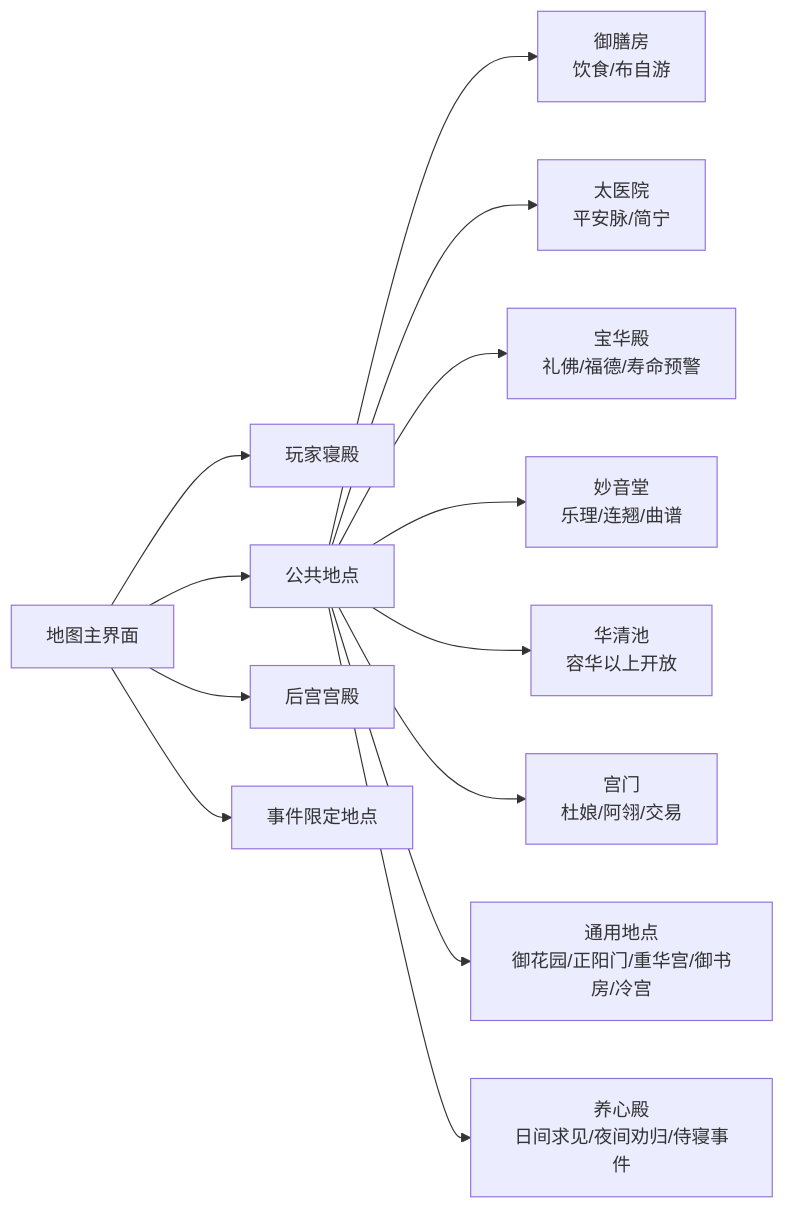
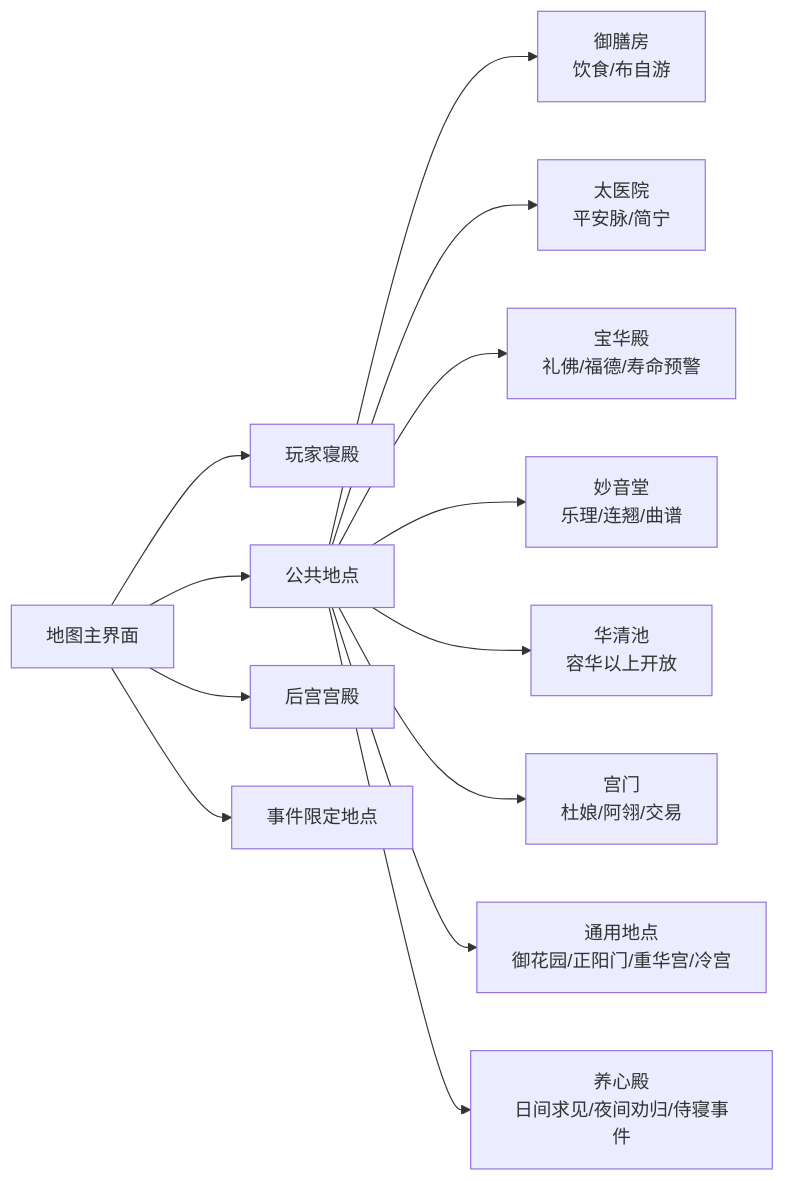
The eighth of 17 diagrams in 02-project-codex-ai-config-wiring-fix/docs/game-system-breakdown.md (changyikun/02-project-codex-ai-config-wiring-fix), drawn with Mermaid before and after one commit. The commit also changed other lines of this file and 53 other files, not shown here.

````diff
--- a/02-project-codex-ai-config-wiring-fix/docs/game-system-breakdown.md
+++ b/02-project-codex-ai-config-wiring-fix/docs/game-system-breakdown.md
@@ -434,17 +436,17 @@
 ```mermaid
 flowchart LR
   Map["地图主界面"] --> Residence["玩家寝殿"]
   Map --> Public["公共地点"]
   Map --> Palace["后宫宫殿"]
   Map --> EventOnly["事件限定地点"]
 
   Public --> Kitchen["御膳房\n饮食/布自游"]
   Public --> Taiyi["太医院\n平安脉/简宁"]
   Public --> Baohua["宝华殿\n礼佛/福德/寿命预警"]
   Public --> Miaoyin["妙音堂\n乐理/连翘/曲谱"]
   Public --> Huaqing["华清池\n容华以上开放"]
   Public --> Gongmen["宫门\n杜娘/阿翎/交易"]
-  Public --> Generic["通用地点\n御花园/正阳门/重华宫/御书房/冷宫"]
+  Public --> Generic["通用地点\n御花园/正阳门/重华宫/冷宫"]
 
   Public --> Yangxin["养心殿\n日间求见/夜间劝归/侍寝事件"]
 ```
````
